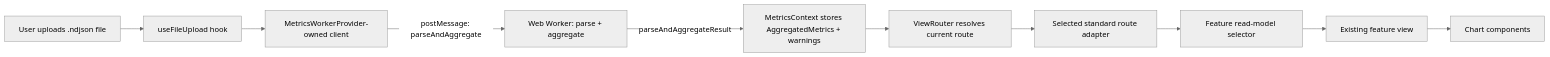
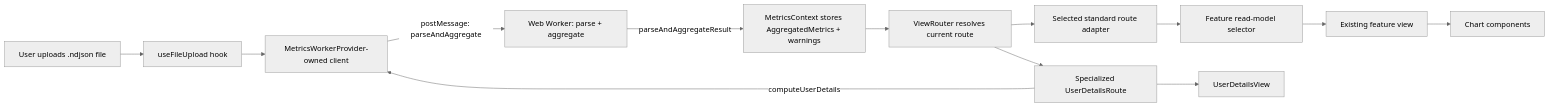
One commit to asizikov-demos/copilot-user-level-statistics-viewer changed the first of 2 diagrams in docs/project-overview.md. Above: the diagram before and after it, drawn with Mermaid (neutral theme). The commit also changed other lines of this file and 8 other files, not shown here.

First line of the commit message:
Extract user details route orchestration (#569)

````diff
--- a/docs/project-overview.md
+++ b/docs/project-overview.md
@@ -90,12 +90,15 @@
 ```mermaid
 flowchart LR
   A[User uploads .ndjson file] --> B[useFileUpload hook]
   B --> C[MetricsWorkerProvider-owned client]
   C -->|postMessage: parseAndAggregate| W[Web Worker: parse + aggregate]
   W -->|parseAndAggregateResult| D[MetricsContext stores AggregatedMetrics + warnings]
   D --> VR[ViewRouter resolves current route]
   VR --> SR[Selected standard route adapter]
+  VR --> UR[Specialized UserDetailsRoute]
   SR --> RM[Feature read-model selector]
   RM --> E[Existing feature view]
+  UR -->|computeUserDetails| C
+  UR --> UDV[UserDetailsView]
   E --> F[Chart components]
 ```
````
